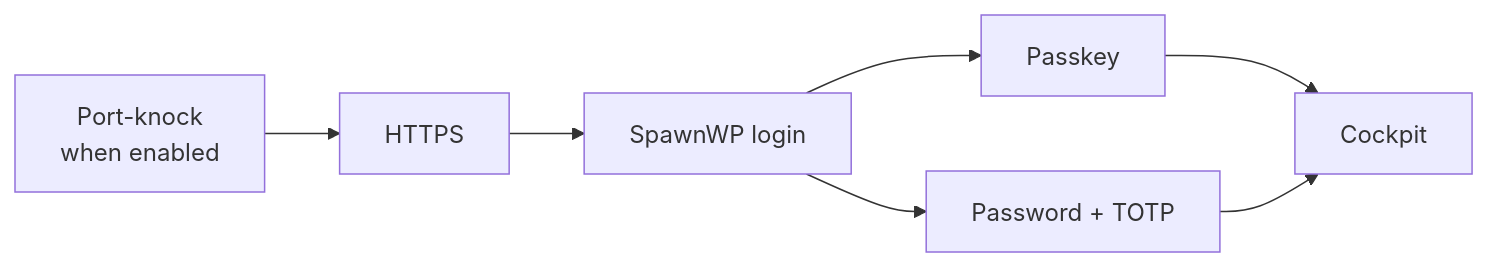
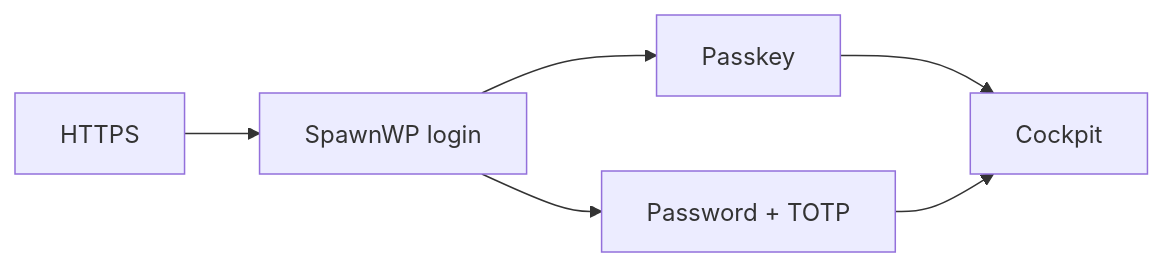
Before and after one commit to tts-empire/spawnwp: the diagram in docs/accessing-the-cockpit.md, drawn with Mermaid. The commit also changed other lines of this file and 9 other files, not shown here.

````diff
--- a/docs/accessing-the-cockpit.md
+++ b/docs/accessing-the-cockpit.md
@@ -8,9 +6,8 @@
 ```mermaid
 flowchart LR
-    A[Port-knock<br/>when enabled] --> B[HTTPS]
-    B --> C[SpawnWP login]
+    A[HTTPS] --> C[SpawnWP login]
     C --> D[Passkey]
     C --> E[Password + TOTP]
     D --> F[Cockpit]
     E --> F
 ```
````
